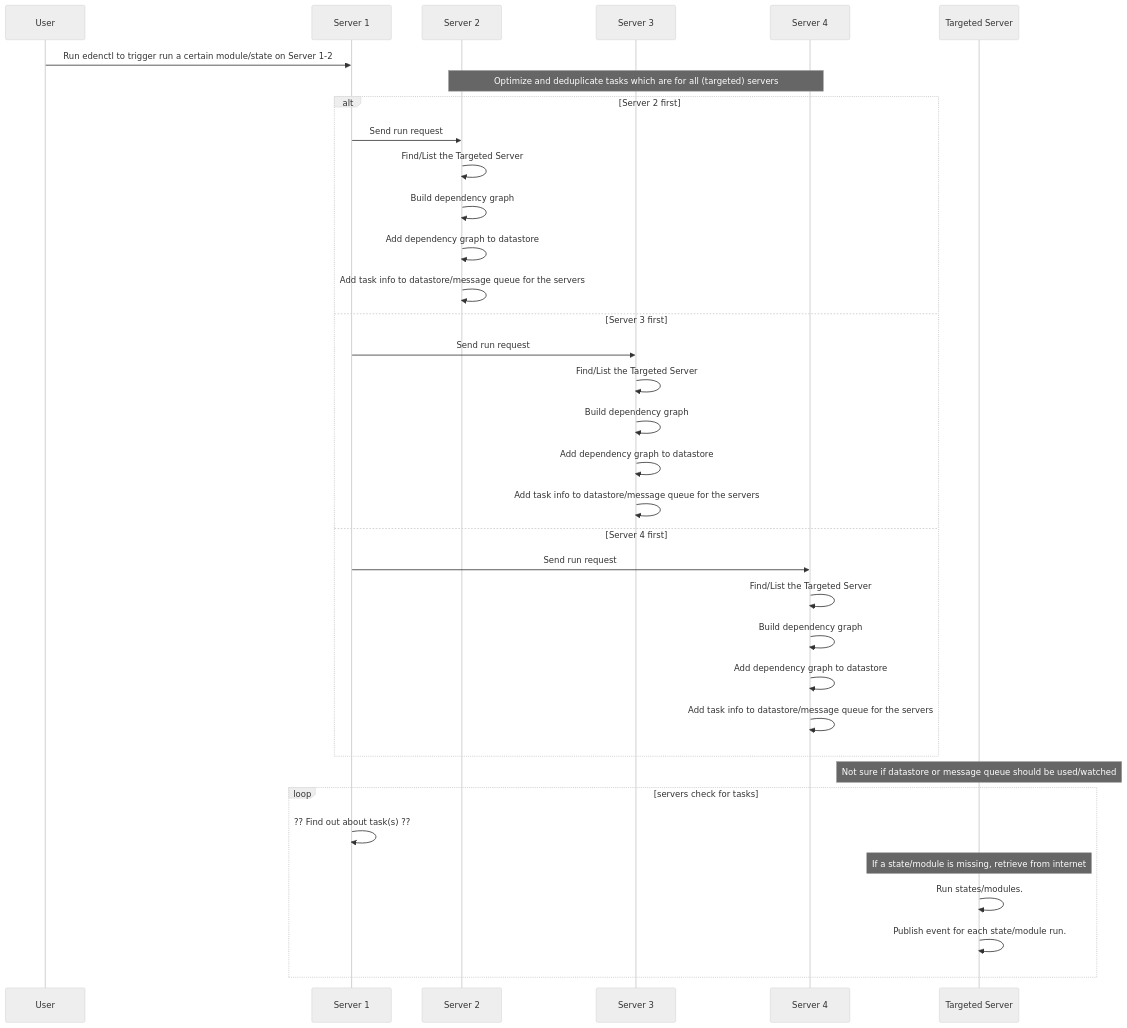
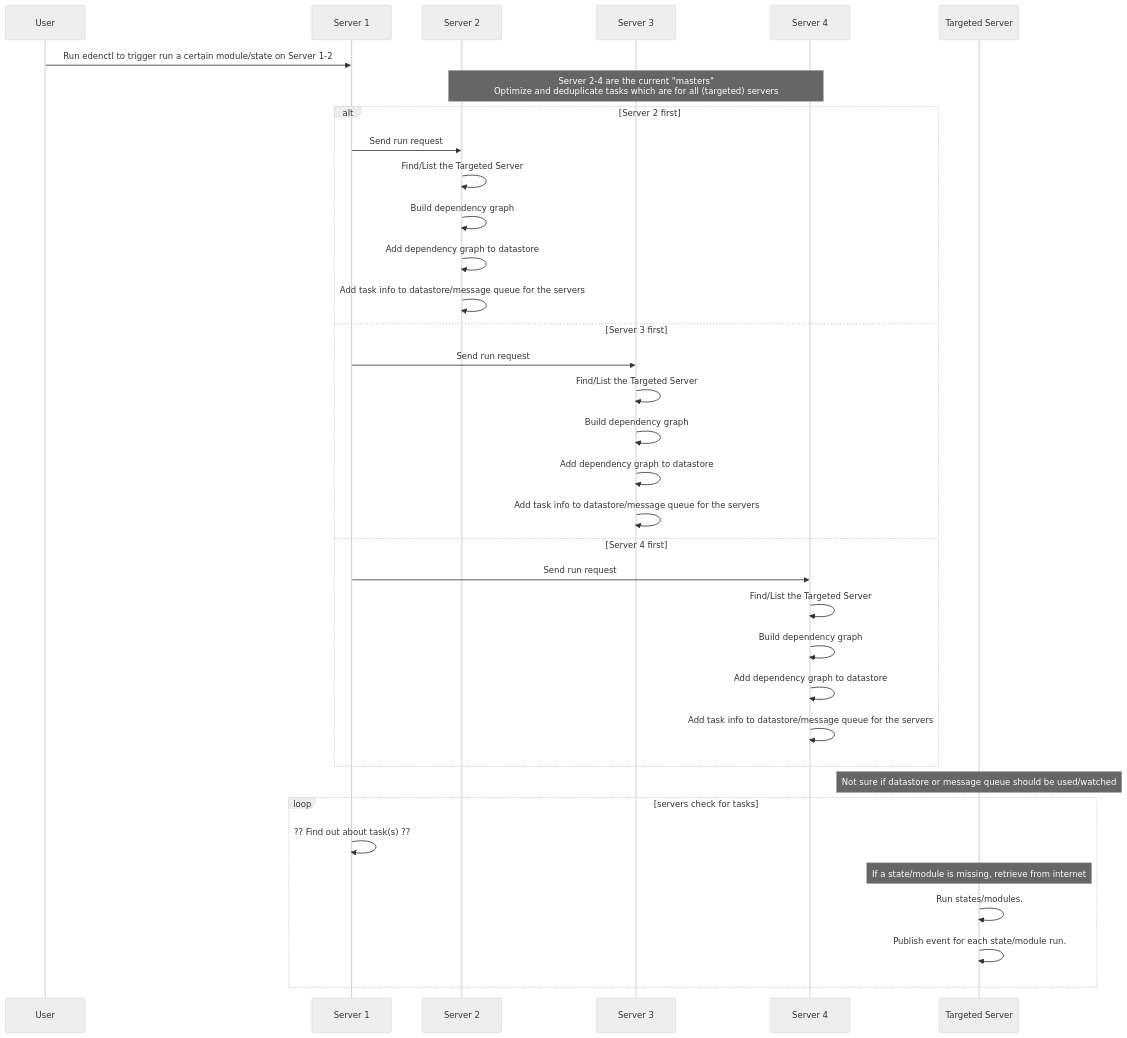
Before and after one commit to galexrt/edenconfmgmt: the diagram in docs/design/v0-flow-run.mmd, drawn with Mermaid (neutral theme). The commit also changed 4 other files, not shown here.

First line of the commit message:
Updated v0 flow run doc

```diff
--- a/docs/design/v0-flow-run.mmd
+++ b/docs/design/v0-flow-run.mmd
@@ -1,36 +1,36 @@
 sequenceDiagram
 participant User
 participant Server 1
 participant Server 2
 participant Server 3
 participant Server 4
 participant Targeted Server
 
 User->>Server 1: Run edenctl to trigger run a certain module/state on Server 1-2
-Note over Server 2,Server 4: Optimize and deduplicate tasks which are for all (targeted) servers
+Note over Server 2,Server 4: Server 2-4 are the current "masters"<br>Optimize and deduplicate tasks which are for all (targeted) servers
 alt Server 2 first
     Server 1->>Server 2: Send run request
     Server 2->>Server 2: Find/List the Targeted Server
     Server 2->>Server 2: Build dependency graph
     Server 2->>Server 2: Add dependency graph to datastore
     Server 2->>Server 2: Add task info to datastore/message queue for the servers
 else Server 3 first
     Server 1->>Server 3: Send run request
     Server 3->>Server 3: Find/List the Targeted Server
     Server 3->>Server 3: Build dependency graph
     Server 3->>Server 3: Add dependency graph to datastore
     Server 3->>Server 3: Add task info to datastore/message queue for the servers
 else Server 4 first
     Server 1->>Server 4: Send run request
     Server 4->>Server 4: Find/List the Targeted Server
     Server 4->>Server 4: Build dependency graph
     Server 4->>Server 4: Add dependency graph to datastore
     Server 4->>Server 4: Add task info to datastore/message queue for the servers
 end
 Note over Targeted Server: Not sure if datastore or message queue should be used/watched
 loop servers check for tasks
     Server 1->>Server 1: ?? Find out about task(s) ??
     Note over Targeted Server: If a state/module is missing, retrieve from internet
     Targeted Server->>Targeted Server: Run states/modules.
     Targeted Server->>Targeted Server: Publish event for each state/module run.
 end
```
